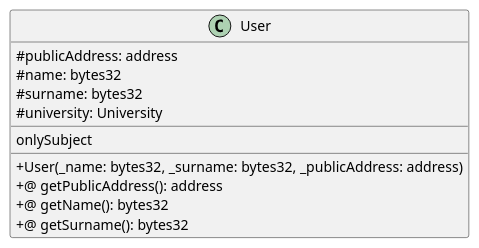
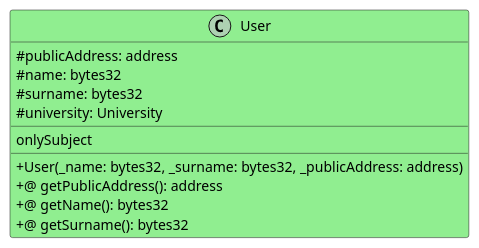
The diagram in Solidity/Contracts/User.iuml (M9k/Marvin-Uml), drawn with PlantUML before and after one commit. The commit also changed 9 other files, not shown here.

```diff
--- a/Solidity/Contracts/User.iuml
+++ b/Solidity/Contracts/User.iuml
@@ -1,16 +1,16 @@
 @startuml
 skinparam classAttributeIconSize 0
-class User{
+class User #LightGreen {
 # publicAddress: address
 # name: bytes32
 # surname: bytes32
 # university: University
 __
 onlySubject
 __
 + User(_name: bytes32, _surname: bytes32, _publicAddress: address)
 +@ getPublicAddress(): address
 +@ getName(): bytes32
 +@ getSurname(): bytes32
 }
 @enduml
```
